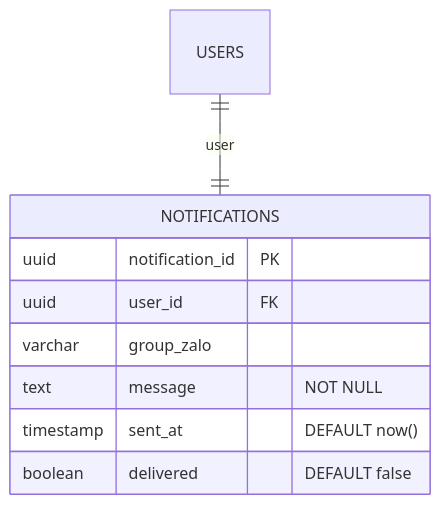
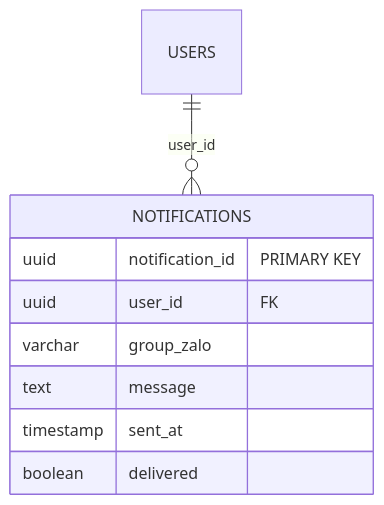
One commit to hainguyen81/ai-scraper changed the seventh of 11 diagrams in sources/storage/business-analysis/membership-hub/requirements.md. Above: the diagram before and after it, drawn with Mermaid. The commit also changed other lines of this file and 3 other files, not shown here.

````diff
--- a/sources/storage/business-analysis/membership-hub/requirements.md
+++ b/sources/storage/business-analysis/membership-hub/requirements.md
@@ -544,12 +348,12 @@
 ```mermaid
 erDiagram
     NOTIFICATIONS {
-        uuid notification_id PK
-        uuid user_id FK
+        uuid notification_id "PRIMARY KEY"
+        uuid user_id "FK"
         varchar group_zalo
-        text message "NOT NULL"
-        timestamp sent_at "DEFAULT now()"
-        boolean delivered "DEFAULT false"
+        text message
+        timestamp sent_at
+        boolean delivered
     }
-    USERS ||--|| NOTIFICATIONS : user
+    USERS ||--o{ NOTIFICATIONS : user_id
 ```
````
